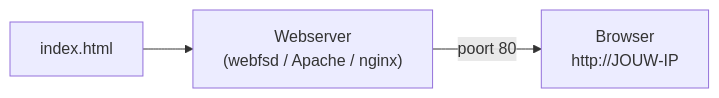
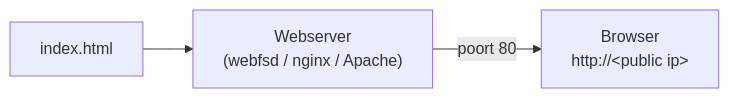
Before and after one commit to dverhulst1981/cursus-webinfrastructuur: the diagram in docs/hoofdstuk-1-netwerkstack-tcp-ip-fundamenten/statische-pagina.md, drawn with Mermaid. The commit also changed other lines of this file and 13 other files, not shown here.

````diff
--- a/docs/hoofdstuk-1-netwerkstack-tcp-ip-fundamenten/statische-pagina.md
+++ b/docs/hoofdstuk-1-netwerkstack-tcp-ip-fundamenten/statische-pagina.md
@@ -9,5 +9,5 @@
 ```mermaid
 flowchart LR
-  HTML["index.html"] --> WS["Webserver<br/>(webfsd / Apache / nginx)"]
-  WS -->|"poort 80"| Browser["Browser<br/>http://JOUW-IP"]
+  HTML["index.html"] --> WS["Webserver<br/>(webfsd / nginx / Apache)"]
+  WS -->|"poort 80"| Browser["Browser<br/>http://&lt;public ip&gt;"]
 ```
````
